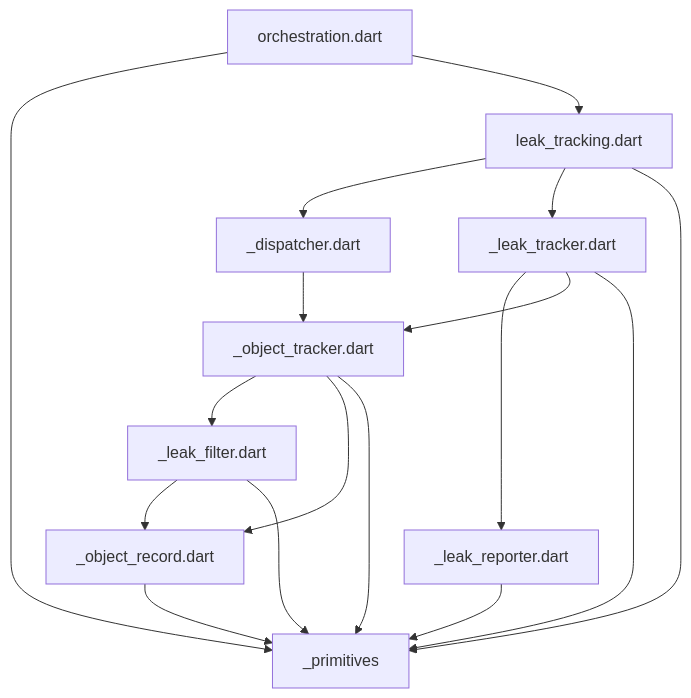
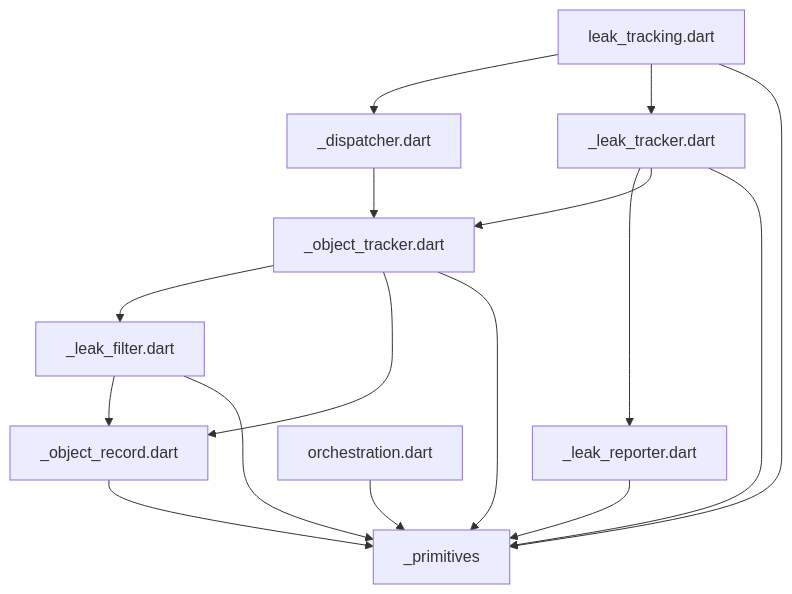
One commit to dart-lang/leak_tracker changed the diagram in pkgs/leak_tracker/lib/src/leak_tracking/DEPENDENCIES.md. Above: the diagram before and after it, drawn with Mermaid.

````diff
--- a/pkgs/leak_tracker/lib/src/leak_tracking/DEPENDENCIES.md
+++ b/pkgs/leak_tracker/lib/src/leak_tracking/DEPENDENCIES.md
@@ -6,19 +6,18 @@
 ```mermaid
 flowchart TD;
 _dispatcher.dart-->_object_tracker.dart;
 _leak_filter.dart-->_object_record.dart;
 _leak_filter.dart-->_primitives;
 _leak_reporter.dart-->_primitives;
 _leak_tracker.dart-->_leak_reporter.dart;
 _leak_tracker.dart-->_object_tracker.dart;
 _leak_tracker.dart-->_primitives;
 _object_record.dart-->_primitives;
 _object_tracker.dart-->_leak_filter.dart;
 _object_tracker.dart-->_object_record.dart;
 _object_tracker.dart-->_primitives;
 leak_tracking.dart-->_dispatcher.dart;
 leak_tracking.dart-->_leak_tracker.dart;
 leak_tracking.dart-->_primitives;
 orchestration.dart-->_primitives;
-orchestration.dart-->leak_tracking.dart;
 ```
````
